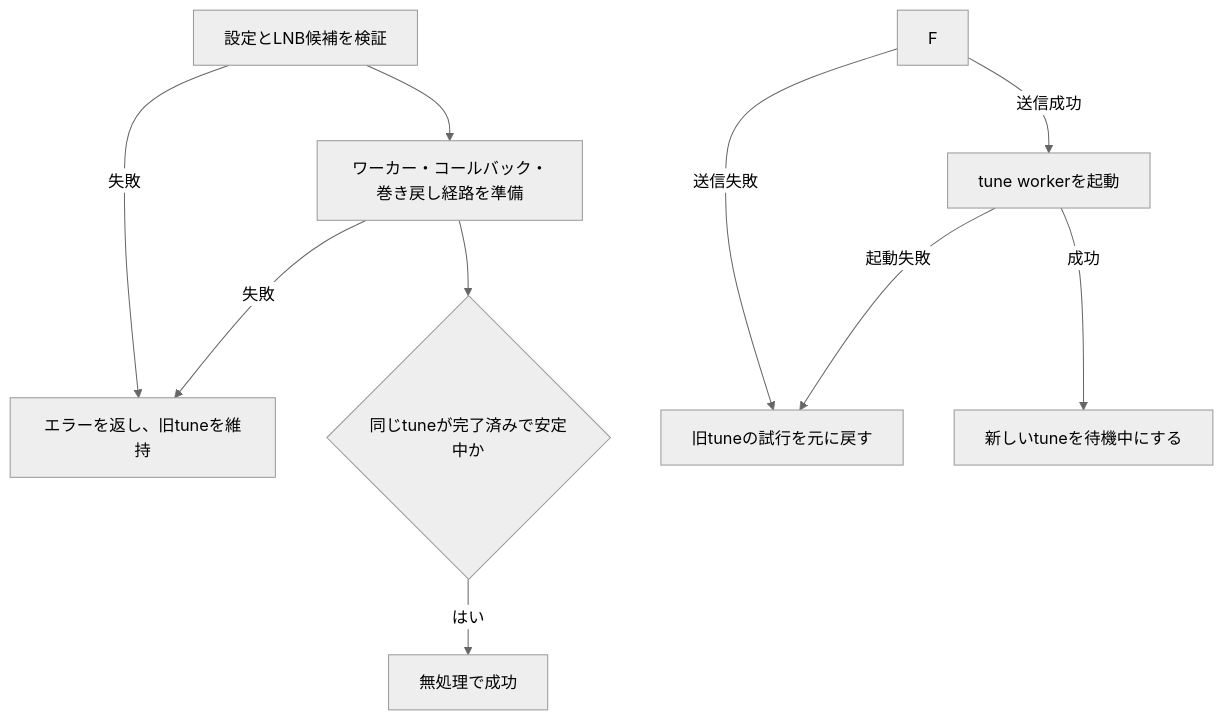
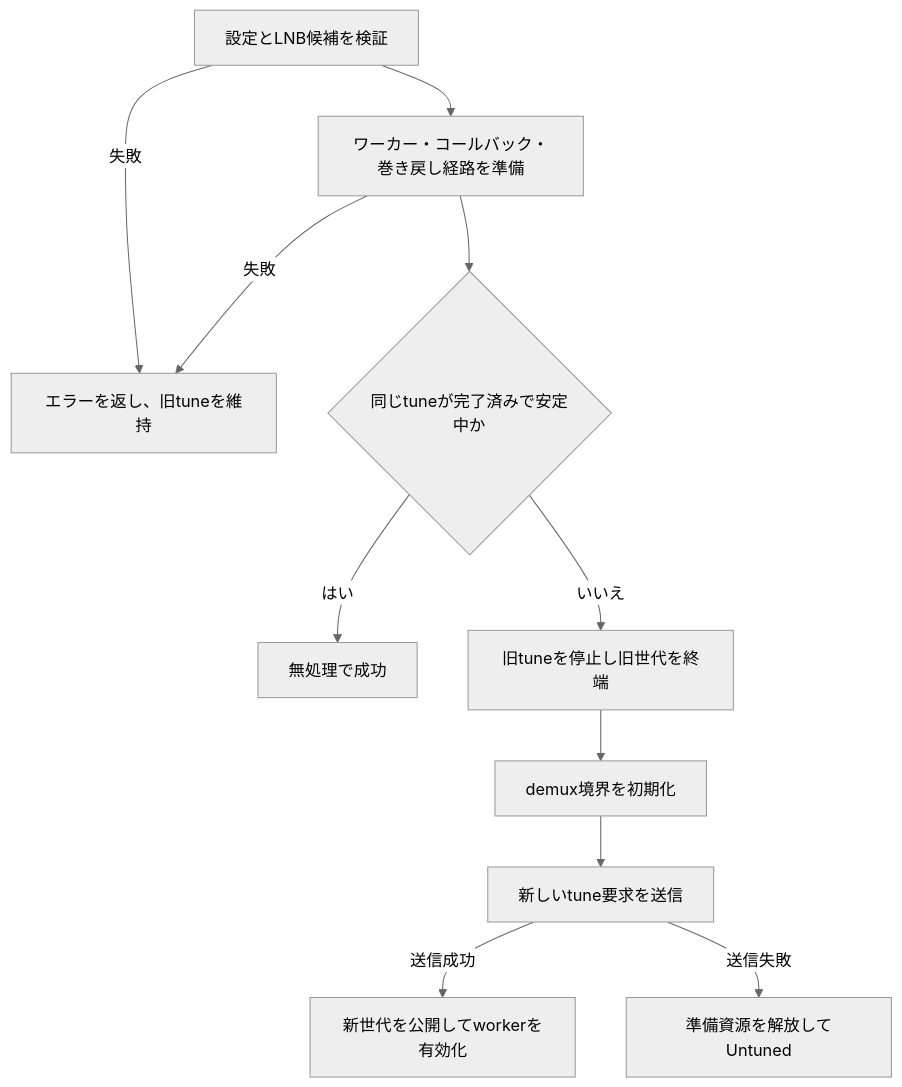
One commit to kazuki0824/tv changed the second of 2 diagrams in tuner_hal/DESIGN_JA.md. Above: the diagram before and after it, drawn with Mermaid (neutral theme). The commit also changed other lines of this file and 1 other file, not shown here.

````diff
--- a/tuner_hal/DESIGN_JA.md
+++ b/tuner_hal/DESIGN_JA.md
@@ -1138,16 +1169,15 @@
 ```mermaid
 flowchart TD
     A[設定とLNB候補を検証] -->|失敗| B[エラーを返し、旧tuneを維持]
     A --> C[ワーカー・コールバック・巻き戻し経路を準備]
     C -->|失敗| B
     C --> D{同じtuneが完了済みで安定中か}
     D -->|はい| E[無処理で成功]
-
-
-    F -->|送信失敗| G[旧tuneの試行を元に戻す]
-    F -->|送信成功| H[tune workerを起動]
-    H -->|成功| I[新しいtuneを待機中にする]
-    H -->|起動失敗| G
+    D -->|いいえ| F[旧tuneを停止し旧世代を終端]
+    F --> G[demux境界を初期化]
+    G --> H[新しいtune要求を送信]
+    H -->|送信成功| I[新世代を公開してworkerを有効化]
+    H -->|送信失敗| J[準備資源を解放してUntuned]
 
 
 ```
````
